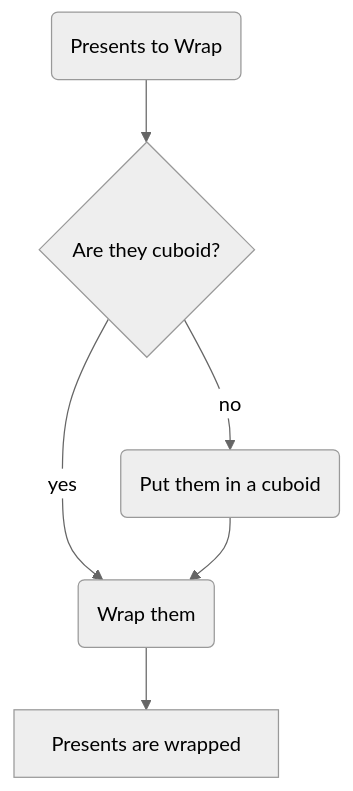
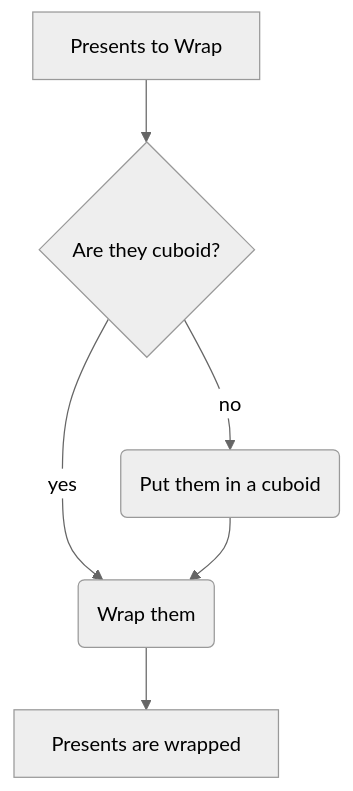
The diagram in posts/wrapping-guide/index.qmd (JonMinton/jon-blog), drawn with Mermaid (neutral theme) before and after one commit. The commit also changed 19 other files, not shown here.

````diff
--- a/posts/wrapping-guide/index.qmd
+++ b/posts/wrapping-guide/index.qmd
@@ -10,16 +10,16 @@
 ```{mermaid}
 flowchart TB
 
-start(Presents to Wrap)
+start[Presents to Wrap]
 decision{Are they cuboid?}
 box(Put them in a cuboid)
 action(Wrap them)
 finish[Presents are wrapped]
 
 start --> decision
 decision -->|yes| action
 decision -->|no| box
 box --> action
 action --> finish
 
 ```
````
